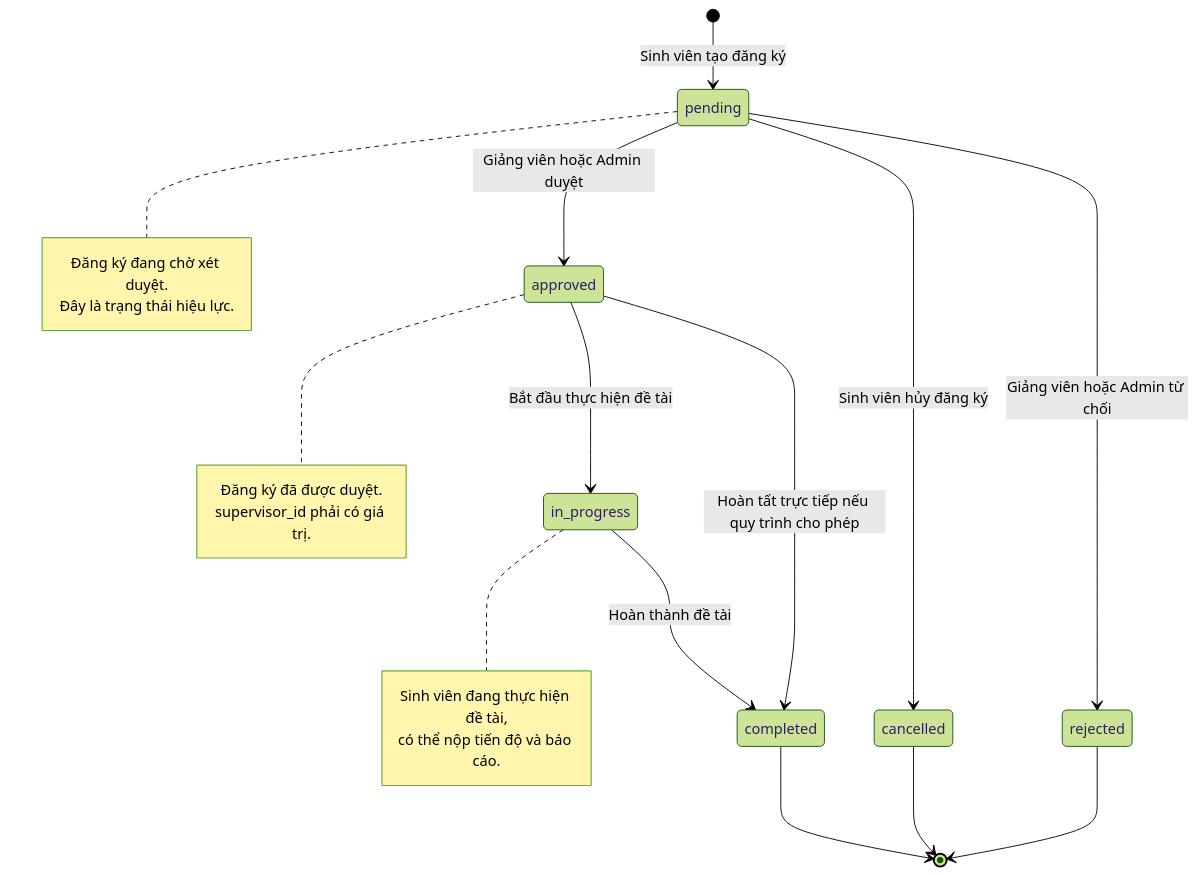
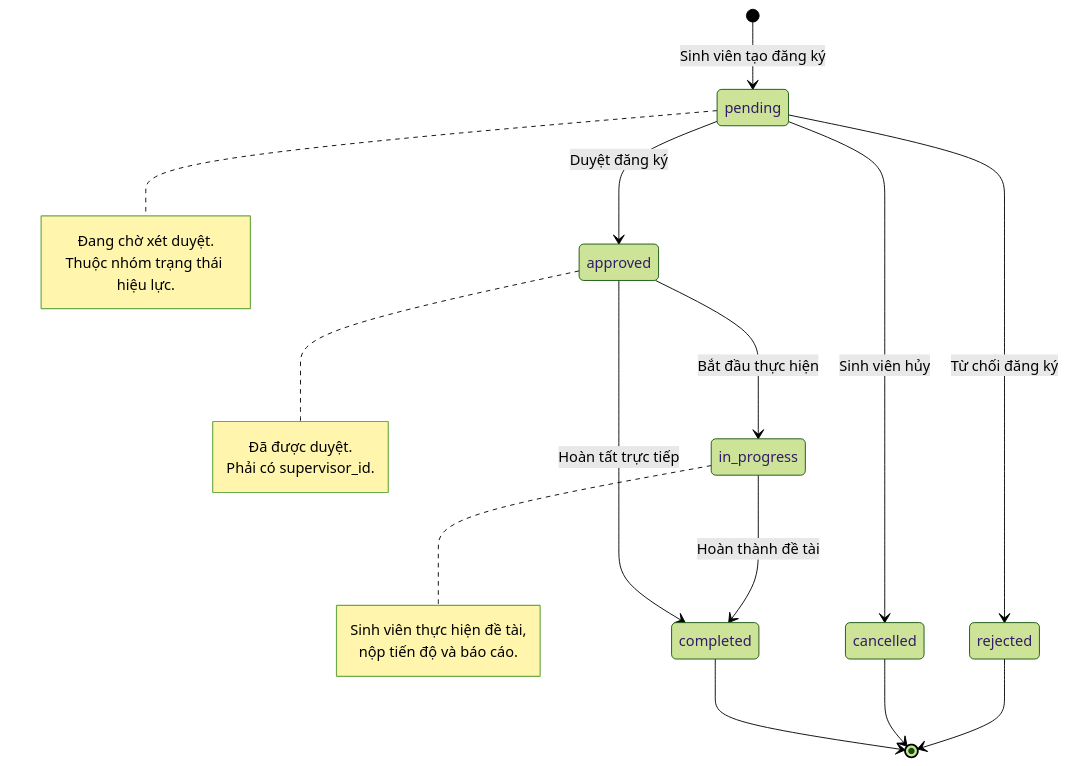
One commit to VanTruong475/research-thesis-portal changed the tenth of 13 diagrams in docs/diagrams_research_thesis_portal.md. Above: the diagram before and after it, drawn with Mermaid (forest theme). The commit also changed other lines of this file, not shown here.

Commit message:
docs(diagrams): simplify thesis report diagrams

````diff
--- a/docs/diagrams_research_thesis_portal.md
+++ b/docs/diagrams_research_thesis_portal.md
@@ -436,32 +557,31 @@
 ```mermaid
 stateDiagram-v2
     [*] --> pending: Sinh viên tạo đăng ký
 
-    pending --> approved: Giảng viên hoặc Admin duyệt
-    pending --> rejected: Giảng viên hoặc Admin từ chối
-    pending --> cancelled: Sinh viên hủy đăng ký
+    pending --> approved: Duyệt đăng ký
+    pending --> rejected: Từ chối đăng ký
+    pending --> cancelled: Sinh viên hủy
 
-    approved --> in_progress: Bắt đầu thực hiện đề tài
-    approved --> completed: Hoàn tất trực tiếp nếu quy trình cho phép
-
+    approved --> in_progress: Bắt đầu thực hiện
     in_progress --> completed: Hoàn thành đề tài
+    approved --> completed: Hoàn tất trực tiếp
 
     rejected --> [*]
     cancelled --> [*]
     completed --> [*]
 
     note right of pending
-        Đăng ký đang chờ xét duyệt.
-        Đây là trạng thái hiệu lực.
+        Đang chờ xét duyệt.
+        Thuộc nhóm trạng thái hiệu lực.
     end note
 
     note right of approved
-        Đăng ký đã được duyệt.
-        supervisor_id phải có giá trị.
+        Đã được duyệt.
+        Phải có supervisor_id.
     end note
 
     note right of in_progress
-        Sinh viên đang thực hiện đề tài,
-        có thể nộp tiến độ và báo cáo.
+        Sinh viên thực hiện đề tài,
+        nộp tiến độ và báo cáo.
     end note
 ```
````
